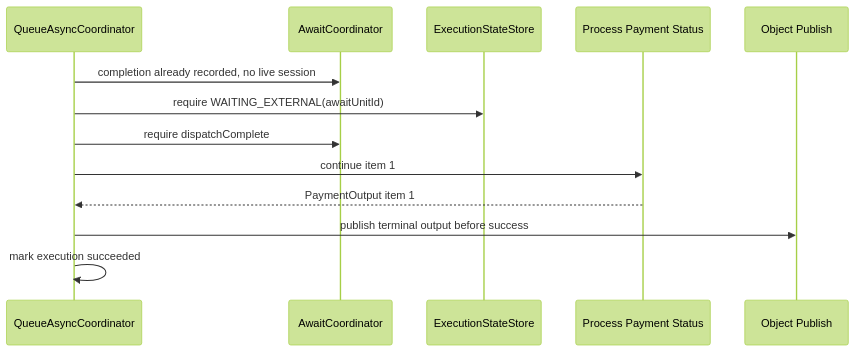
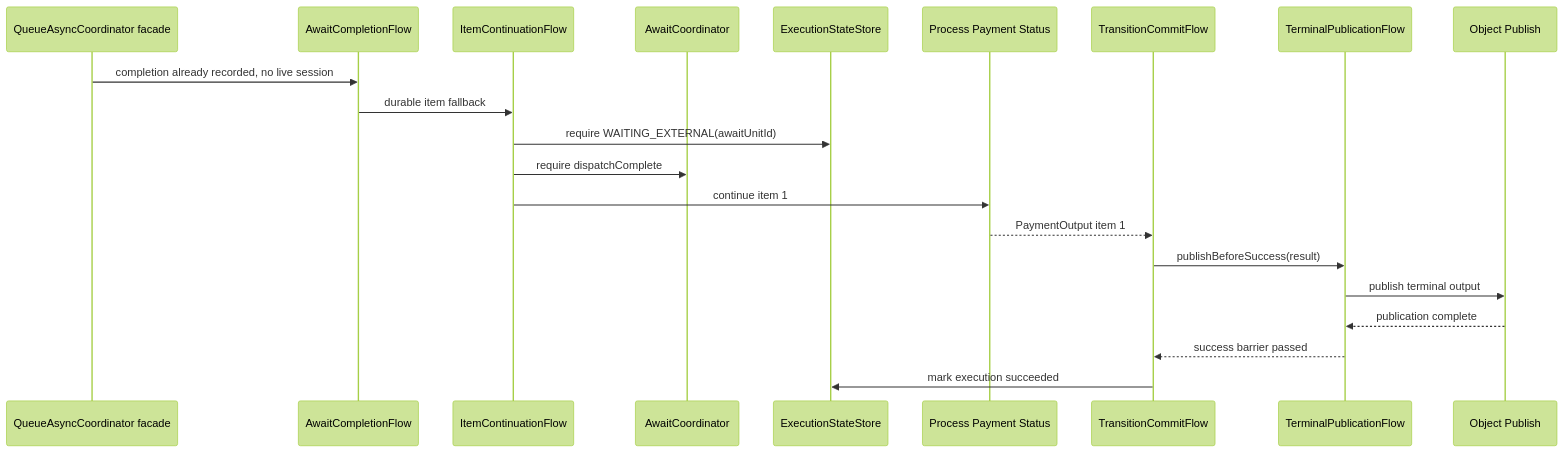
Before and after one commit to The-Pipeline-Framework/pipelineframework: the sixth of 8 diagrams in docs/evolve/await-unit-runtime/sequences.md, drawn with Mermaid (forest theme). The commit also changed other lines of this file and 34 other files, not shown here.

Commit message:
Refactor queue async semantic flows

````diff
--- a/docs/evolve/await-unit-runtime/sequences.md
+++ b/docs/evolve/await-unit-runtime/sequences.md
@@ -155,16 +214,24 @@
 ```mermaid
 sequenceDiagram
-    participant Queue as QueueAsyncCoordinator
+    participant Queue as QueueAsyncCoordinator facade
+    participant Completion as AwaitCompletionFlow
+    participant Items as ItemContinuationFlow
     participant AwaitCoord as AwaitCoordinator
     participant ExecStore as ExecutionStateStore
     participant Status as Process Payment Status
+    participant Commit as TransitionCommitFlow
+    participant Terminal as TerminalPublicationFlow
     participant Publish as Object Publish
 
-    Queue->>AwaitCoord: completion already recorded, no live session
-    Queue->>ExecStore: require WAITING_EXTERNAL(awaitUnitId)
-    Queue->>AwaitCoord: require dispatchComplete
-    Queue->>Status: continue item 1
-    Status-->>Queue: PaymentOutput item 1
-    Queue->>Publish: publish terminal output before success
-    Queue->>Queue: mark execution succeeded
+    Queue->>Completion: completion already recorded, no live session
+    Completion->>Items: durable item fallback
+    Items->>ExecStore: require WAITING_EXTERNAL(awaitUnitId)
+    Items->>AwaitCoord: require dispatchComplete
+    Items->>Status: continue item 1
+    Status-->>Commit: PaymentOutput item 1
+    Commit->>Terminal: publishBeforeSuccess(result)
+    Terminal->>Publish: publish terminal output
+    Publish-->>Terminal: publication complete
+    Terminal-->>Commit: success barrier passed
+    Commit->>ExecStore: mark execution succeeded
 ```
````
